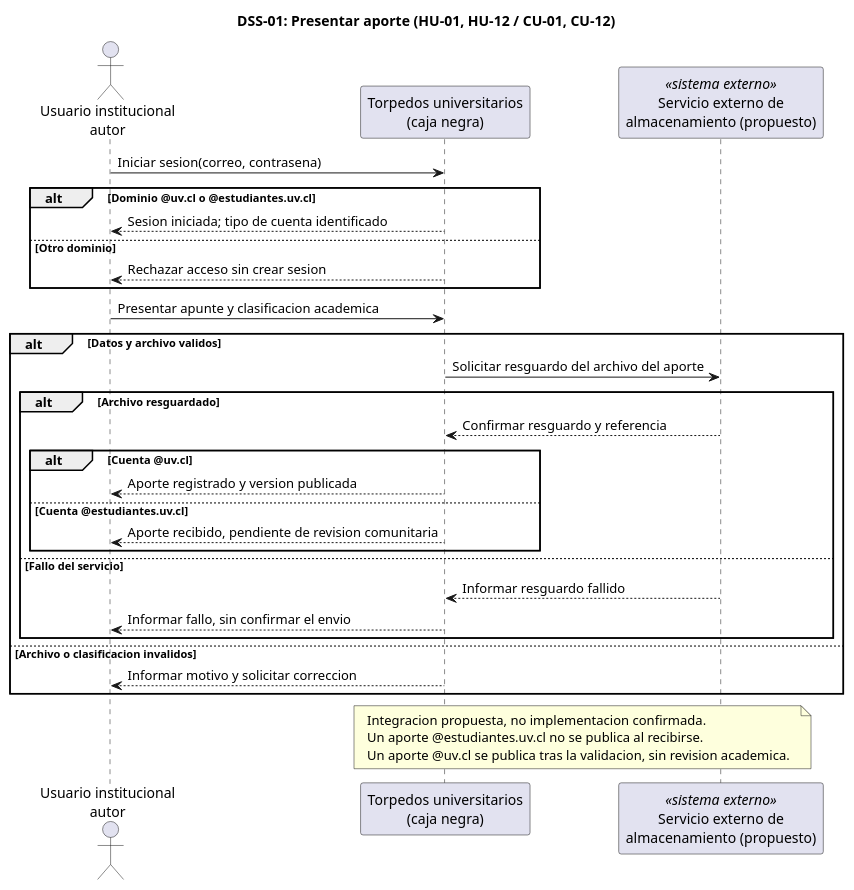
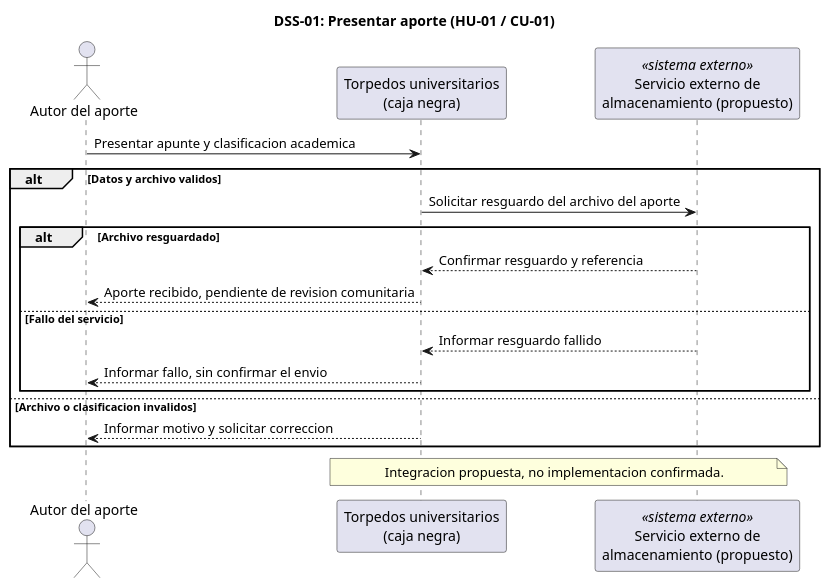
The diagram in diagramas/dss-01.puml (mapacheCorps/entrega), drawn with PlantUML before and after one commit. The commit also changed 41 other files, not shown here.

Commit message:
docs: cerrar la base de Entrega 3 y alinear la revision comunitaria

```diff
--- a/diagramas/dss-01.puml
+++ b/diagramas/dss-01.puml
@@ -1,37 +1,24 @@
 @startuml
 skinparam shadowing false
-title DSS-01: Presentar aporte (HU-01, HU-12 / CU-01, CU-12)
-actor "Usuario institucional\nautor" as AUT
+title DSS-01: Presentar aporte (HU-01 / CU-01)
+actor "Autor del aporte" as AUT
 participant "Torpedos universitarios\n(caja negra)" as SIS
 participant "Servicio externo de\nalmacenamiento (propuesto)" as ALM <<sistema externo>>
-
-AUT -> SIS : Iniciar sesion(correo, contrasena)
-alt Dominio @uv.cl o @estudiantes.uv.cl
-  SIS --> AUT : Sesion iniciada; tipo de cuenta identificado
-else Otro dominio
-  SIS --> AUT : Rechazar acceso sin crear sesion
-end
 
 AUT -> SIS : Presentar apunte y clasificacion academica
 alt Datos y archivo validos
   SIS -> ALM : Solicitar resguardo del archivo del aporte
   alt Archivo resguardado
     ALM --> SIS : Confirmar resguardo y referencia
-    alt Cuenta @uv.cl
-      SIS --> AUT : Aporte registrado y version publicada
-    else Cuenta @estudiantes.uv.cl
-      SIS --> AUT : Aporte recibido, pendiente de revision comunitaria
-    end
+    SIS --> AUT : Aporte recibido, pendiente de revision comunitaria
   else Fallo del servicio
     ALM --> SIS : Informar resguardo fallido
     SIS --> AUT : Informar fallo, sin confirmar el envio
   end
 else Archivo o clasificacion invalidos
   SIS --> AUT : Informar motivo y solicitar correccion
 end
 note over SIS,ALM
   Integracion propuesta, no implementacion confirmada.
-  Un aporte @estudiantes.uv.cl no se publica al recibirse.
-  Un aporte @uv.cl se publica tras la validacion, sin revision academica.
 end note
 @enduml
```
